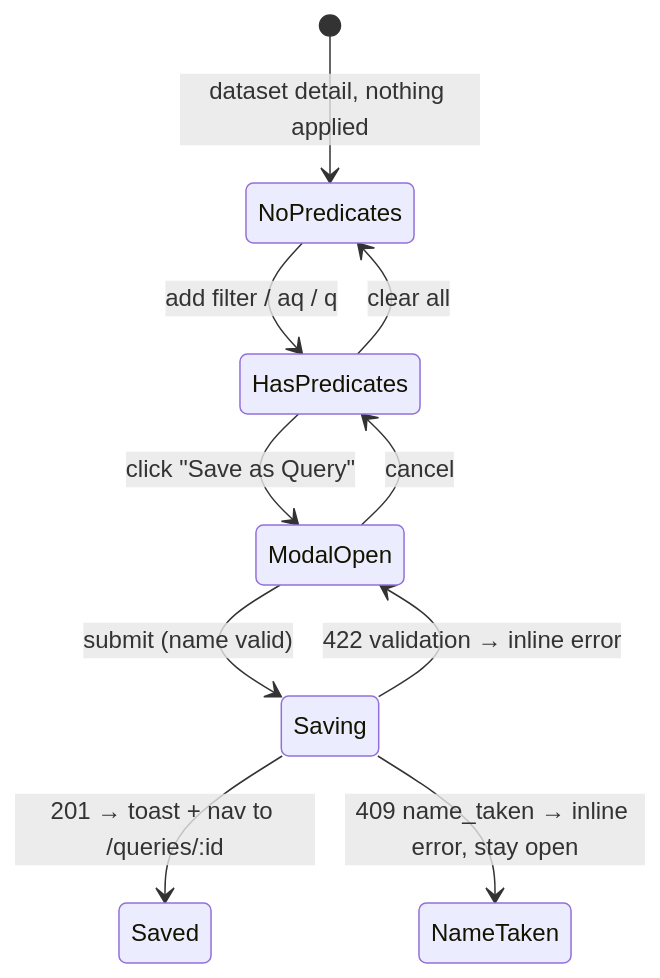
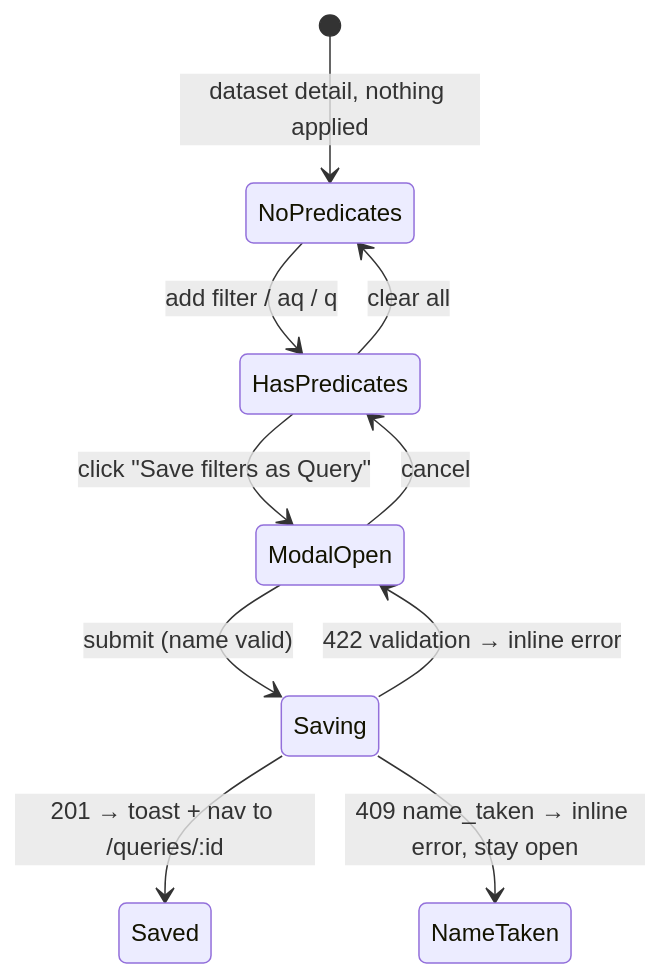
One commit to pasxd245/my-dynamic-dashboard changed the first of 2 diagrams in .agents/design/data-management/queries/saved-query.md. Above: the diagram before and after it, drawn with Mermaid. The commit also changed other lines of this file and 3 other files, not shown here.

First line of the commit message:
fix(queries): finish the "Save as Query" → "Save filters as Query" relabel (code + docs)

````diff
--- a/.agents/design/data-management/queries/saved-query.md
+++ b/.agents/design/data-management/queries/saved-query.md
@@ -426,12 +425,12 @@
 ```mermaid
 stateDiagram-v2
     [*] --> NoPredicates: dataset detail, nothing applied
     NoPredicates --> HasPredicates: add filter / aq / q
     HasPredicates --> NoPredicates: clear all
-    HasPredicates --> ModalOpen: click "Save as Query"
+    HasPredicates --> ModalOpen: click "Save filters as Query"
     ModalOpen --> HasPredicates: cancel
     ModalOpen --> Saving: submit (name valid)
     Saving --> Saved: 201 → toast + nav to /queries/:id
     Saving --> NameTaken: 409 name_taken → inline error, stay open
     Saving --> ModalOpen: 422 validation → inline error
 ```
````
